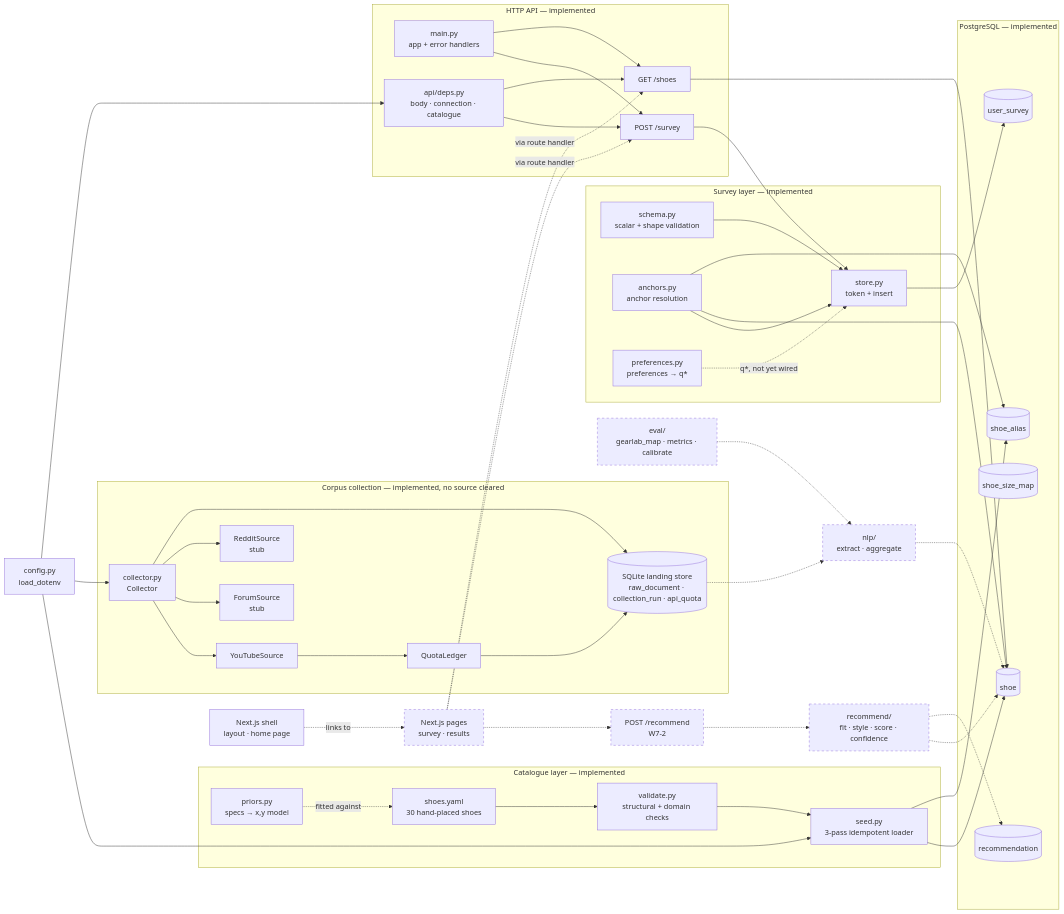
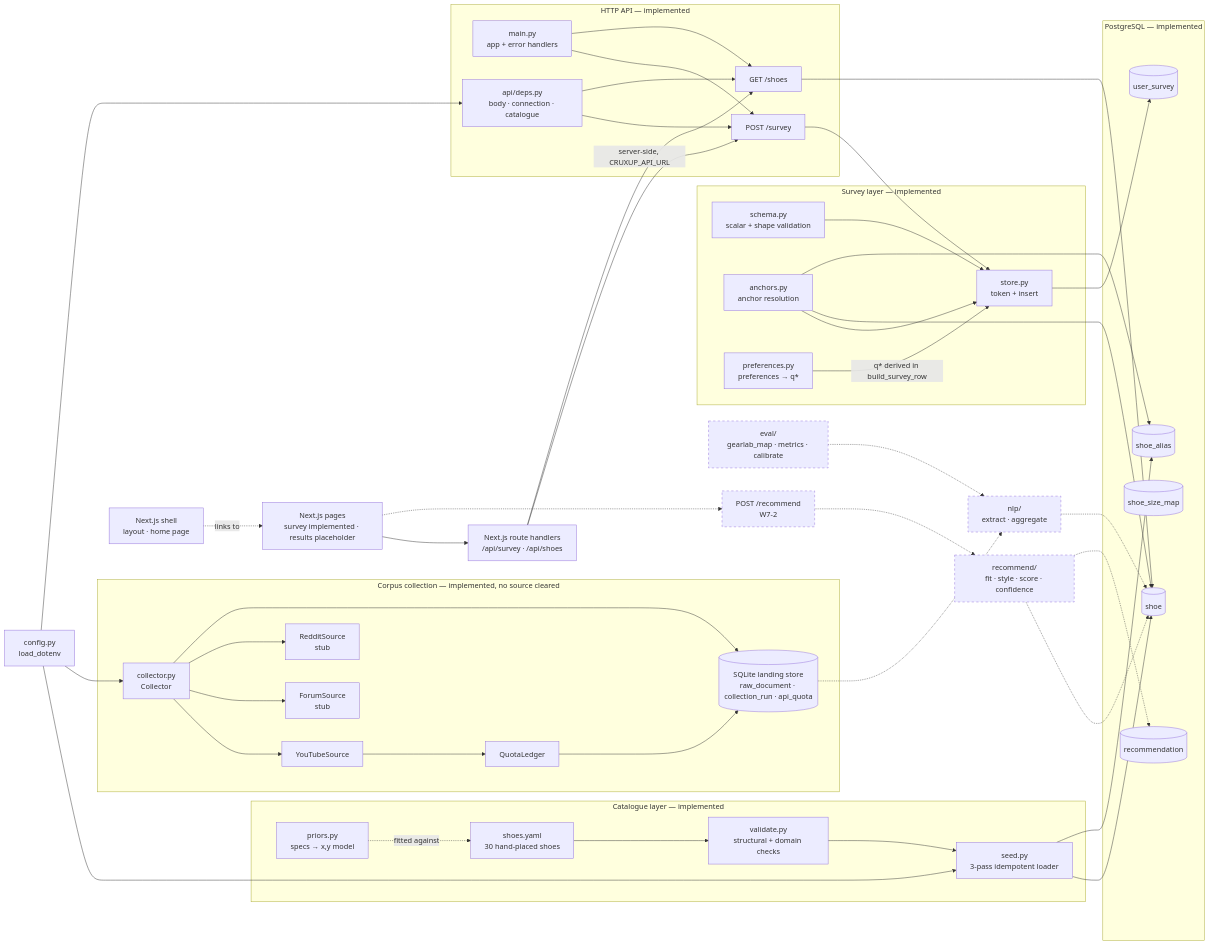
The first of 2 diagrams in docs/ARCHITECTURE.md (barlu3/CruxUp), drawn with Mermaid before and after one commit. The commit also changed other lines of this file and 2 other files, not shown here.

First line of the commit message:
W6-1-H: record the 2026-11-05 decisions, strike W6-1, timeline v3.3

````diff
--- a/docs/ARCHITECTURE.md
+++ b/docs/ARCHITECTURE.md
@@ -34,80 +34,82 @@
 ```mermaid
 flowchart LR
   subgraph Catalogue["Catalogue layer — implemented"]
     YAML[shoes.yaml<br/>30 hand-placed shoes]
     VAL[validate.py<br/>structural + domain checks]
     PRI[priors.py<br/>specs → x,y model]
     SEED[seed.py<br/>3-pass idempotent loader]
   end
 
   subgraph DB["PostgreSQL — implemented"]
     SHOE[(shoe)]
     ALIAS[(shoe_alias)]
     SIZE[(shoe_size_map)]
     SURV[(user_survey)]
     REC[(recommendation)]
   end
 
   subgraph Collect["Corpus collection — implemented, no source cleared"]
     COLL[collector.py<br/>Collector]
     YT[YouTubeSource]
     FOR[ForumSource<br/>stub]
     RED[RedditSource<br/>stub]
     LEDGER[QuotaLedger]
     LAND[(SQLite landing store<br/>raw_document · collection_run · api_quota)]
   end
 
   subgraph Survey["Survey layer — implemented"]
     SCH[schema.py<br/>scalar + shape validation]
     ANC[anchors.py<br/>anchor resolution]
     STO[store.py<br/>token + insert]
     PREF[preferences.py<br/>preferences → q*]
   end
 
   subgraph HTTP["HTTP API — implemented"]
     MAIN[main.py<br/>app + error handlers]
     DEPS[api/deps.py<br/>body · connection · catalogue]
     RSURV[POST /survey]
     RSHOE[GET /shoes]
   end
 
   CFG[config.py<br/>load_dotenv]
 
   YAML --> VAL --> SEED --> SHOE
   SEED --> ALIAS
   PRI -. fitted against .-> YAML
   CFG --> SEED
   CFG --> COLL
   COLL --> YT & FOR & RED
   YT --> LEDGER --> LAND
   COLL --> LAND
   SCH --> STO
   ANC --> STO
   ANC --> SHOE & ALIAS
   STO --> SURV
-  PREF -.->|"q*, not yet wired"| STO
+  PREF -->|"q* derived in build_survey_row"| STO
   MAIN --> RSURV
   MAIN --> RSHOE
   DEPS --> RSURV
   DEPS --> RSHOE
   CFG --> DEPS
   RSURV --> STO
   RSHOE --> SHOE
 
   RREC[POST /recommend<br/>W7-2]:::planned
   SCORE[recommend/<br/>fit · style · score · confidence]:::planned
   NLP[nlp/<br/>extract · aggregate]:::planned
   EVAL[eval/<br/>gearlab_map · metrics · calibrate]:::planned
   SHELL[Next.js shell<br/>layout · home page]
-  WEB[Next.js pages<br/>survey · results]:::planned
+  WEB[Next.js pages<br/>survey implemented · results placeholder]
+  PROXY[Next.js route handlers<br/>/api/survey · /api/shoes]
 
   SHELL -. links to .-> WEB
-  WEB -.->|via route handler| RSURV
-  WEB -.->|via route handler| RSHOE
+  WEB --> PROXY
+  PROXY -->|"server-side, CRUXUP_API_URL"| RSURV
+  PROXY --> RSHOE
   WEB -.-> RREC -.-> SCORE -.-> SHOE
   SCORE -.-> REC
   LAND -.-> NLP -.-> SHOE
   EVAL -.-> NLP
 
   classDef planned stroke-dasharray: 5 5
 ```
````
